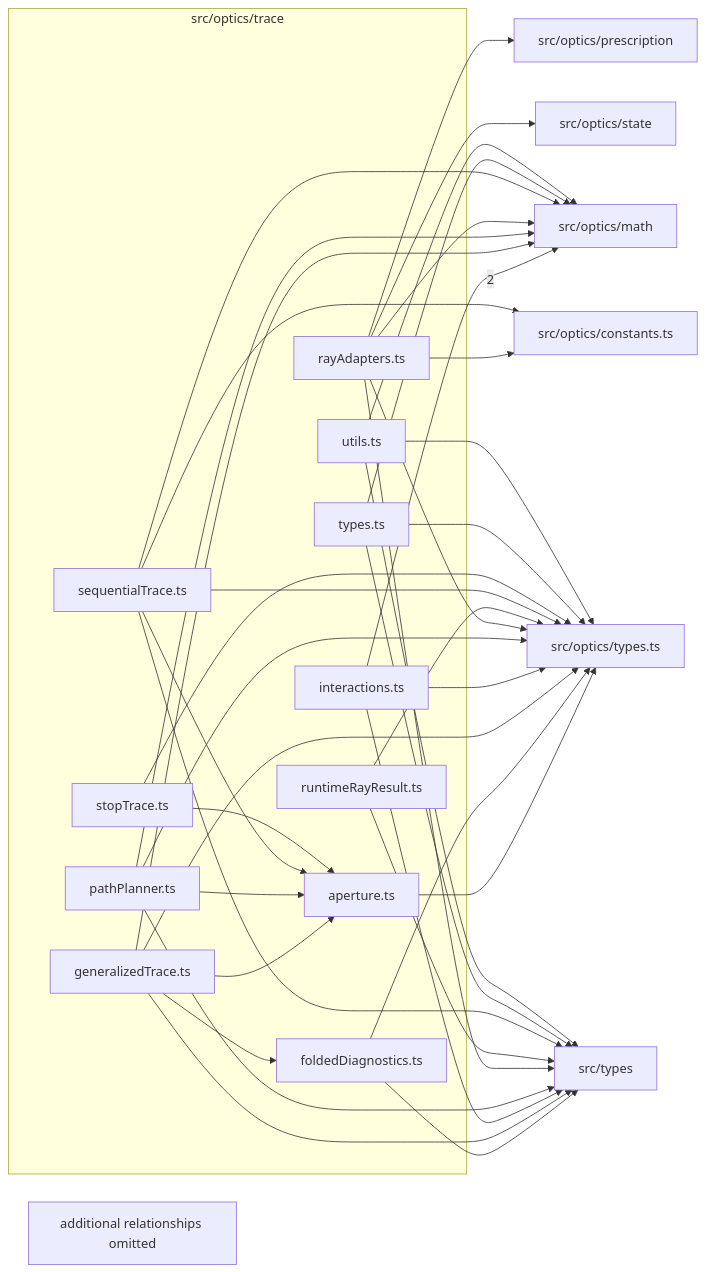
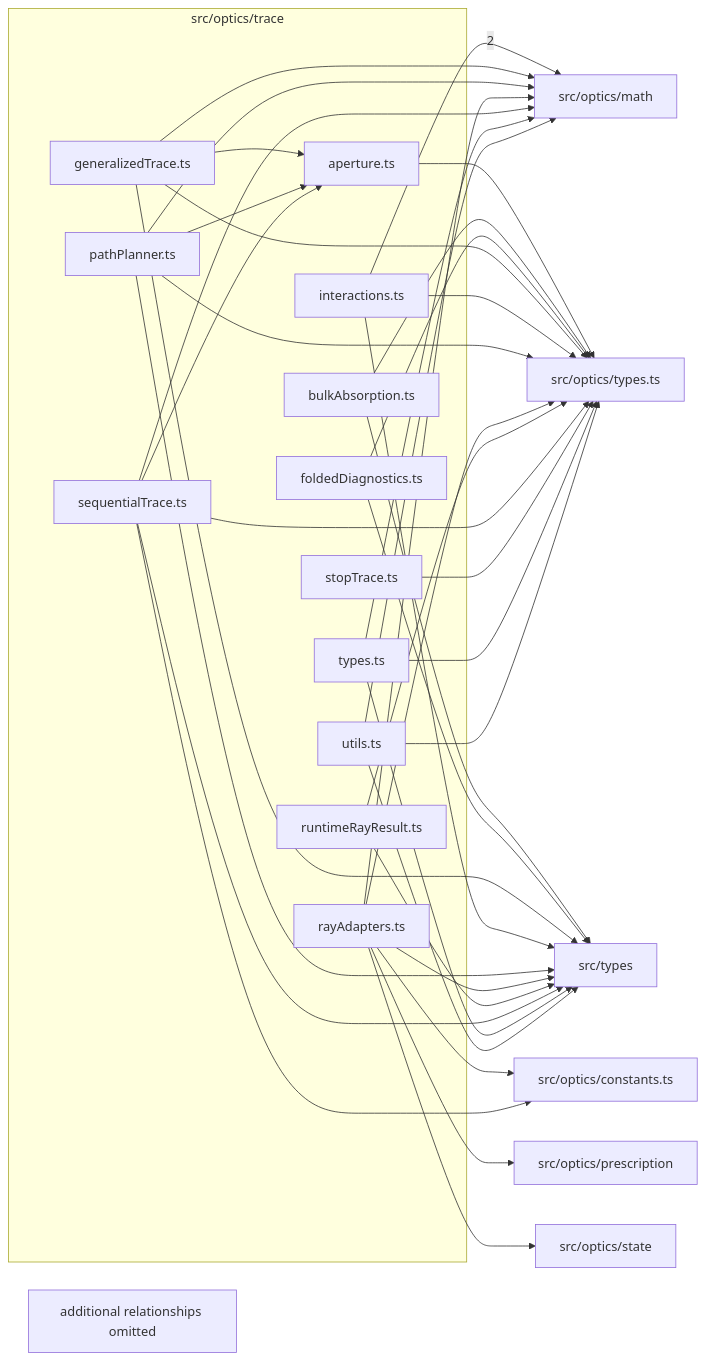
One commit to ronbuening/LensVisualizer changed the diagram in src/optics/trace/readme.md. Above: the diagram before and after it, drawn with Mermaid. The commit also changed other lines of this file and 51 other files, not shown here.

````diff
--- a/src/optics/trace/readme.md
+++ b/src/optics/trace/readme.md
@@ -9,59 +9,60 @@
 ```mermaid
 flowchart LR
   subgraph n_src_optics_trace["src/optics/trace"]
     n_src_optics_trace_src_optics_trace_aperture_ts["aperture.ts"]
+    n_src_optics_trace_src_optics_trace_bulkAbsorption_ts["bulkAbsorption.ts"]
     n_src_optics_trace_src_optics_trace_foldedDiagnostics_ts["foldedDiagnostics.ts"]
     n_src_optics_trace_src_optics_trace_generalizedTrace_ts["generalizedTrace.ts"]
     n_src_optics_trace_src_optics_trace_interactions_ts["interactions.ts"]
     n_src_optics_trace_src_optics_trace_pathPlanner_ts["pathPlanner.ts"]
     n_src_optics_trace_src_optics_trace_rayAdapters_ts["rayAdapters.ts"]
     n_src_optics_trace_src_optics_trace_runtimeRayResult_ts["runtimeRayResult.ts"]
     n_src_optics_trace_src_optics_trace_sequentialTrace_ts["sequentialTrace.ts"]
     n_src_optics_trace_src_optics_trace_stopTrace_ts["stopTrace.ts"]
     n_src_optics_trace_src_optics_trace_types_ts["types.ts"]
     n_src_optics_trace_src_optics_trace_utils_ts["utils.ts"]
   end
   n_external_src_optics_math["src/optics/math"]
   n_external_src_optics_constants_ts["src/optics/constants.ts"]
   n_external_src_optics_prescription["src/optics/prescription"]
   n_external_src_optics_state["src/optics/state"]
   n_external_src_optics_types_ts["src/optics/types.ts"]
   n_external_src_types["src/types"]
   n_src_optics_trace_src_optics_trace_interactions_ts --> |2| n_external_src_optics_math
   n_src_optics_trace_src_optics_trace_rayAdapters_ts --> n_external_src_optics_constants_ts
   n_src_optics_trace_src_optics_trace_sequentialTrace_ts --> n_external_src_optics_constants_ts
   n_src_optics_trace_src_optics_trace_generalizedTrace_ts --> n_external_src_optics_math
   n_src_optics_trace_src_optics_trace_pathPlanner_ts --> n_external_src_optics_math
   n_src_optics_trace_src_optics_trace_rayAdapters_ts --> n_external_src_optics_math
   n_src_optics_trace_src_optics_trace_sequentialTrace_ts --> n_external_src_optics_math
   n_src_optics_trace_src_optics_trace_types_ts --> n_external_src_optics_math
   n_src_optics_trace_src_optics_trace_utils_ts --> n_external_src_optics_math
   n_src_optics_trace_src_optics_trace_rayAdapters_ts --> n_external_src_optics_prescription
   n_src_optics_trace_src_optics_trace_rayAdapters_ts --> n_external_src_optics_state
   n_src_optics_trace_src_optics_trace_aperture_ts --> n_external_src_optics_types_ts
+  n_src_optics_trace_src_optics_trace_bulkAbsorption_ts --> n_external_src_optics_types_ts
   n_src_optics_trace_src_optics_trace_foldedDiagnostics_ts --> n_external_src_optics_types_ts
   n_src_optics_trace_src_optics_trace_generalizedTrace_ts --> n_external_src_optics_types_ts
   n_src_optics_trace_src_optics_trace_interactions_ts --> n_external_src_optics_types_ts
   n_src_optics_trace_src_optics_trace_pathPlanner_ts --> n_external_src_optics_types_ts
   n_src_optics_trace_src_optics_trace_rayAdapters_ts --> n_external_src_optics_types_ts
   n_src_optics_trace_src_optics_trace_runtimeRayResult_ts --> n_external_src_optics_types_ts
   n_src_optics_trace_src_optics_trace_sequentialTrace_ts --> n_external_src_optics_types_ts
   n_src_optics_trace_src_optics_trace_stopTrace_ts --> n_external_src_optics_types_ts
   n_src_optics_trace_src_optics_trace_types_ts --> n_external_src_optics_types_ts
   n_src_optics_trace_src_optics_trace_utils_ts --> n_external_src_optics_types_ts
+  n_src_optics_trace_src_optics_trace_bulkAbsorption_ts --> n_external_src_types
   n_src_optics_trace_src_optics_trace_foldedDiagnostics_ts --> n_external_src_types
   n_src_optics_trace_src_optics_trace_generalizedTrace_ts --> n_external_src_types
   n_src_optics_trace_src_optics_trace_interactions_ts --> n_external_src_types
   n_src_optics_trace_src_optics_trace_pathPlanner_ts --> n_external_src_types
   n_src_optics_trace_src_optics_trace_rayAdapters_ts --> n_external_src_types
   n_src_optics_trace_src_optics_trace_runtimeRayResult_ts --> n_external_src_types
   n_src_optics_trace_src_optics_trace_sequentialTrace_ts --> n_external_src_types
   n_src_optics_trace_src_optics_trace_types_ts --> n_external_src_types
   n_src_optics_trace_src_optics_trace_utils_ts --> n_external_src_types
   n_src_optics_trace_src_optics_trace_generalizedTrace_ts --> n_src_optics_trace_src_optics_trace_aperture_ts
   n_src_optics_trace_src_optics_trace_pathPlanner_ts --> n_src_optics_trace_src_optics_trace_aperture_ts
   n_src_optics_trace_src_optics_trace_sequentialTrace_ts --> n_src_optics_trace_src_optics_trace_aperture_ts
-  n_src_optics_trace_src_optics_trace_stopTrace_ts --> n_src_optics_trace_src_optics_trace_aperture_ts
-  n_src_optics_trace_src_optics_trace_generalizedTrace_ts --> n_src_optics_trace_src_optics_trace_foldedDiagnostics_ts
   n_src_optics_trace_truncated["additional relationships omitted"]
 ```
````
